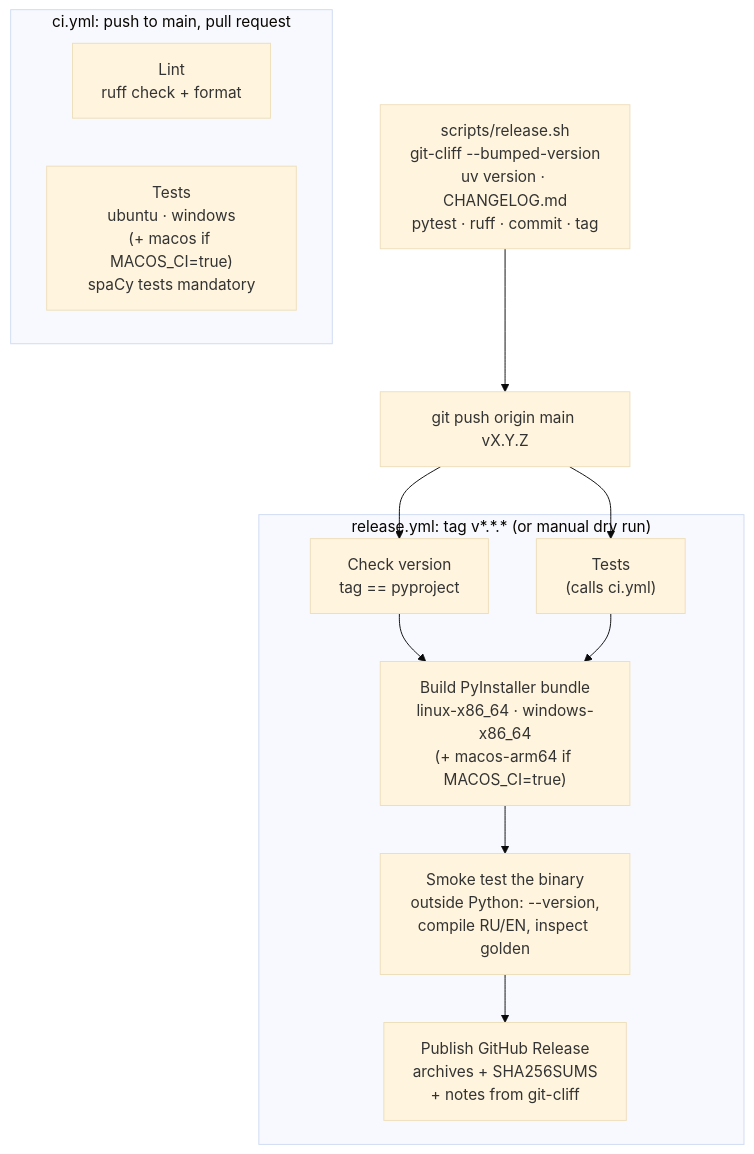
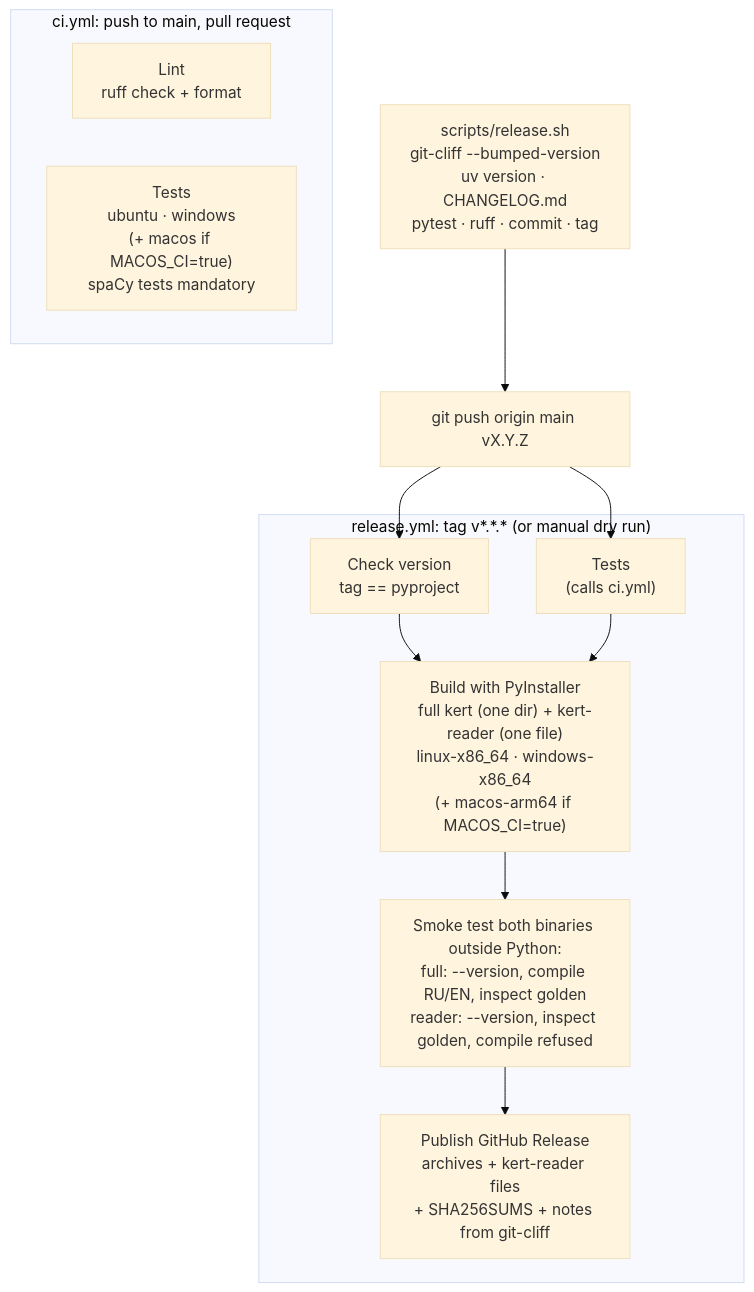
One commit to myarzik/kert changed the fifth of 5 diagrams in docs/workflow.md. Above: the diagram before and after it, drawn with Mermaid (base theme). The commit also changed 1 other file, not shown here.

Commit message:
docs: describe the kert-reader single-file download

````diff
--- a/docs/workflow.md
+++ b/docs/workflow.md
@@ -127,22 +127,22 @@
 ```mermaid
 flowchart TD
     subgraph ci["ci.yml: push to main, pull request"]
         lint["Lint<br/>ruff check + format"]
         tests["Tests<br/>ubuntu · windows<br/>(+ macos if MACOS_CI=true)<br/>spaCy tests mandatory"]
     end
 
     rel["scripts/release.sh<br/>git-cliff --bumped-version<br/>uv version · CHANGELOG.md<br/>pytest · ruff · commit · tag"]
     push["git push origin main vX.Y.Z"]
 
     subgraph release["release.yml: tag v*.*.* (or manual dry run)"]
         version["Check version<br/>tag == pyproject"]
         reuse["Tests<br/>(calls ci.yml)"]
-        build["Build PyInstaller bundle<br/>linux-x86_64 · windows-x86_64<br/>(+ macos-arm64 if MACOS_CI=true)"]
-        smoke["Smoke test the binary<br/>outside Python: --version,<br/>compile RU/EN, inspect golden"]
-        publish["Publish GitHub Release<br/>archives + SHA256SUMS<br/>+ notes from git-cliff"]
+        build["Build with PyInstaller<br/>full kert (one dir) + kert-reader (one file)<br/>linux-x86_64 · windows-x86_64<br/>(+ macos-arm64 if MACOS_CI=true)"]
+        smoke["Smoke test both binaries outside Python:<br/>full: --version, compile RU/EN, inspect golden<br/>reader: --version, inspect golden, compile refused"]
+        publish["Publish GitHub Release<br/>archives + kert-reader files<br/>+ SHA256SUMS + notes from git-cliff"]
     end
 
     rel --> push --> version
     push --> reuse
     version & reuse --> build --> smoke --> publish
 ```
````
